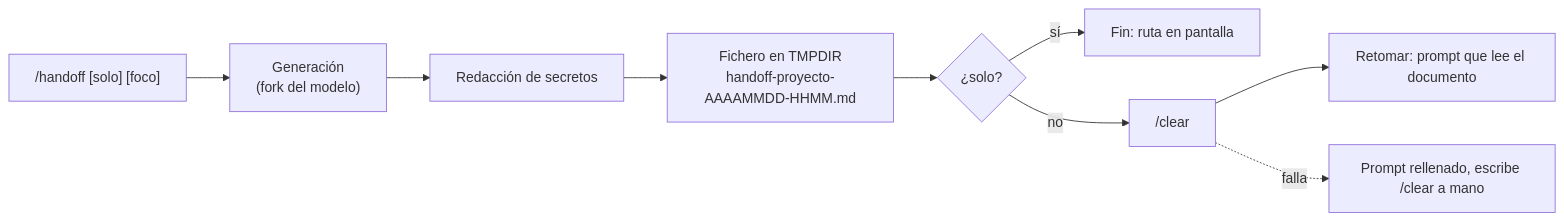
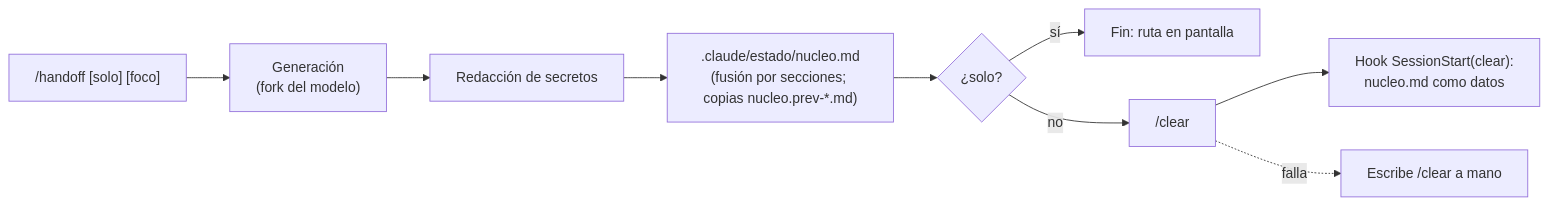
Before and after one commit to manuelcozar55/setup-claude-code: the diagram in kit/docs/11-cockpit.md, drawn with Mermaid. The commit also changed other lines of this file and 21 other files, not shown here.

First line of the commit message:
feat(cockpit): /handoff escribe en .claude/estado/nucleo.md y la retoma pasa a SessionStart (#35)

````diff
--- a/kit/docs/11-cockpit.md
+++ b/kit/docs/11-cockpit.md
@@ -41,11 +41,11 @@
 ```mermaid
 flowchart LR
   A["/handoff [solo] [foco]"] --> B["Generación<br/>(fork del modelo)"]
   B --> C["Redacción de secretos"]
-  C --> D["Fichero en TMPDIR<br/>handoff-proyecto-AAAAMMDD-HHMM.md"]
+  C --> D[".claude/estado/nucleo.md<br/>(fusión por secciones; copias nucleo.prev-*.md)"]
   D --> E{"¿solo?"}
   E -->|"sí"| F["Fin: ruta en pantalla"]
   E -->|"no"| G["/clear"]
-  G --> H["Retomar: prompt que lee el documento"]
-  G -.->|"falla"| I["Prompt rellenado, escribe /clear a mano"]
+  G --> H["Hook SessionStart(clear):<br/>nucleo.md como datos"]
+  G -.->|"falla"| I["Escribe /clear a mano"]
 ```
````
